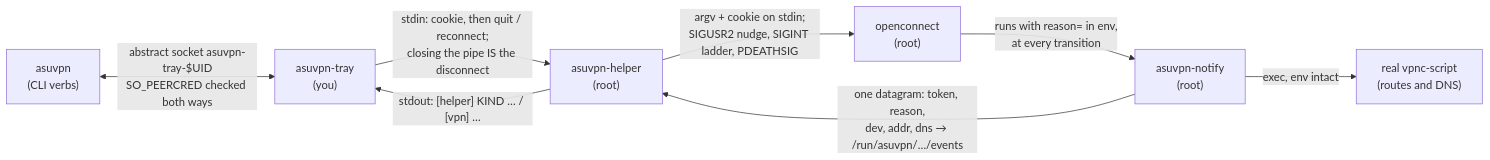
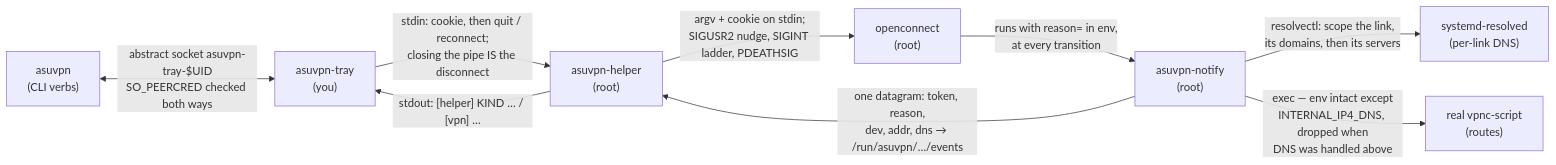
Before and after one commit to Qing-LAB/ASU_VPN_SSO: the first of 5 diagrams in DESIGN.md, drawn with Mermaid. The commit also changed other lines of this file and 9 other files, not shown here.

````diff
--- a/DESIGN.md
+++ b/DESIGN.md
@@ -129,10 +129,11 @@
 ```mermaid
 flowchart LR
     CLI["asuvpn<br/>(CLI verbs)"] <-->|"abstract socket asuvpn-tray-$UID<br/>SO_PEERCRED checked both ways"| TRAY["asuvpn-tray<br/>(you)"]
     TRAY -->|"stdin: cookie, then quit / reconnect;<br/>closing the pipe IS the disconnect"| HELPER["asuvpn-helper<br/>(root)"]
     HELPER -->|"stdout: [helper] KIND … / [vpn] …"| TRAY
     HELPER -->|"argv + cookie on stdin;<br/>SIGUSR2 nudge, SIGINT ladder, PDEATHSIG"| OC["openconnect<br/>(root)"]
     OC -->|"runs with reason= in env,<br/>at every transition"| NOTIFY["asuvpn-notify<br/>(root)"]
     NOTIFY -->|"one datagram: token, reason,<br/>dev, addr, dns → /run/asuvpn/…/events"| HELPER
-    NOTIFY -->|"exec, env intact"| VPNC["real vpnc-script<br/>(routes and DNS)"]
+    NOTIFY -->|"resolvectl: scope the link,<br/>its domains, then its servers"| RESOLVED["systemd-resolved<br/>(per-link DNS)"]
+    NOTIFY -->|"exec — env intact except<br/>INTERNAL_IP4_DNS, dropped when<br/>DNS was handled above"| VPNC["real vpnc-script<br/>(routes)"]
 ```
````
